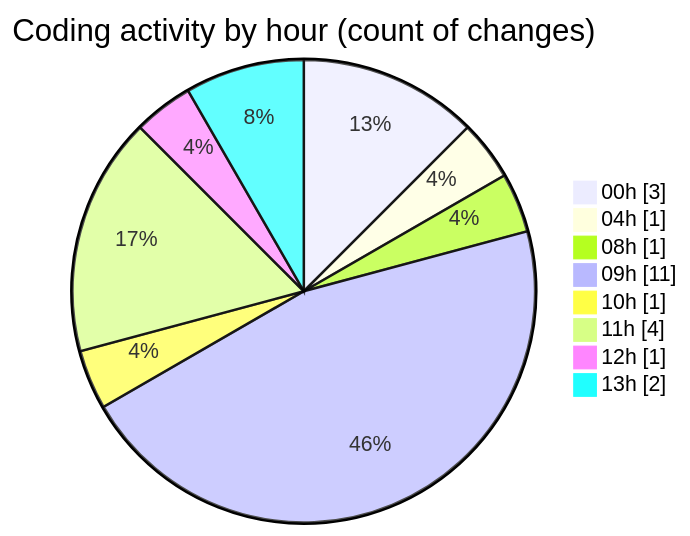
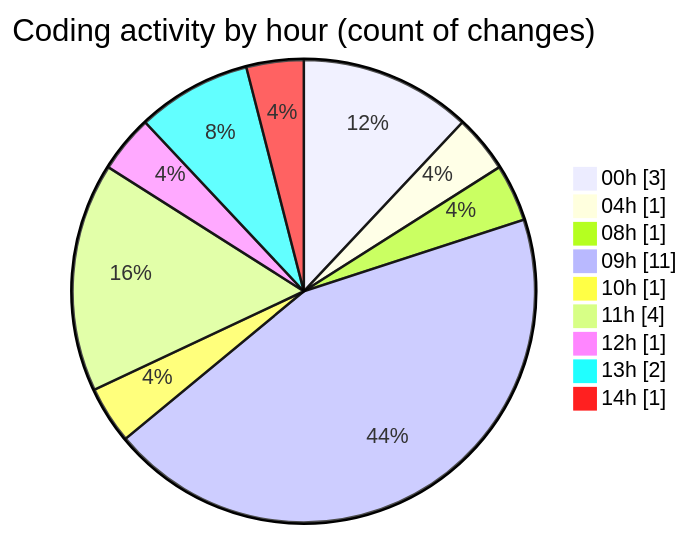
The second of 2 diagrams in 2026-02-03/singularitybrainai/README.md (tmsrecording-cyber/code-tracking), drawn with Mermaid before and after one commit. The commit also changed other lines of this file and 1 other file, not shown here.

````diff
--- a/2026-02-03/singularitybrainai/README.md
+++ b/2026-02-03/singularitybrainai/README.md
@@ -33,12 +33,13 @@
 ```mermaid
 pie showData
 title Coding activity by hour (count of changes)
 "00h" : 3
 "04h" : 1
 "08h" : 1
 "09h" : 11
 "10h" : 1
 "11h" : 4
 "12h" : 1
 "13h" : 2
+"14h" : 1
 ```
````
